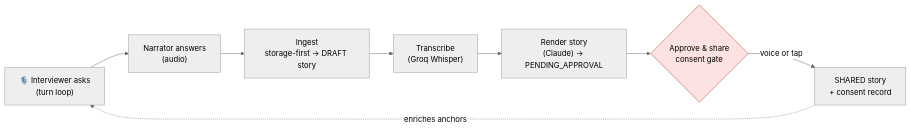
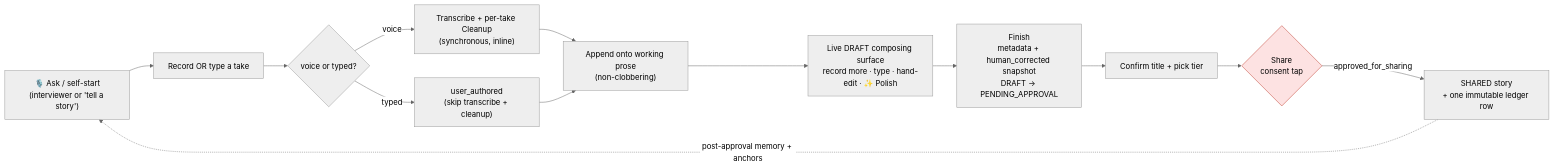
Before and after one commit to boosey/familyapp: the first of 2 diagrams in docs/Recording-To-Story-Pipeline.md, drawn with Mermaid (neutral theme). The commit also changed other lines of this file and 4 other files, not shown here.

First line of the commit message:
docs(adr-0014): true up docs to shipped composing surface + close ADR (Inc 5)

````diff
--- a/docs/Recording-To-Story-Pipeline.md
+++ b/docs/Recording-To-Story-Pipeline.md
@@ -24,13 +31,18 @@
 ```mermaid
 flowchart LR
-    Q["🎙️ Interviewer asks<br/>(turn loop)"] --> A["Narrator answers<br/>(audio)"]
-    A --> ING["Ingest<br/>storage-first → DRAFT story"]
-    ING --> TR["Transcribe<br/>(Groq Whisper)"]
-    TR --> RE["Render story<br/>(Claude) → PENDING_APPROVAL"]
-    RE --> AP{"Approve & share<br/>consent gate"}
-    AP -->|voice or tap| SH["SHARED story<br/>+ consent record"]
-    SH -.->|enriches anchors| Q
+    Q["🎙️ Ask / self-start<br/>(interviewer or 'tell a story')"] --> CAP["Record OR type a take"]
+    CAP --> TAKE{"voice or typed?"}
+    TAKE -->|voice| CLEAN["Transcribe + per-take Cleanup<br/>(synchronous, inline)"]
+    TAKE -->|typed| AUTH["user_authored<br/>(skip transcribe + cleanup)"]
+    CLEAN --> APP["Append onto working prose<br/>(non-clobbering)"]
+    AUTH --> APP
+    APP --> EDIT["Live DRAFT composing surface<br/>record more · type · hand-edit · ✨ Polish"]
+    EDIT --> FIN["Finish<br/>metadata + human_corrected snapshot<br/>DRAFT → PENDING_APPROVAL"]
+    FIN --> CONF["Confirm title + pick tier"]
+    CONF --> SHARE{"Share<br/>consent tap"}
+    SHARE -->|approved_for_sharing| SH["SHARED story<br/>+ one immutable ledger row"]
+    SH -.->|post-approval memory + anchors| Q
 
     classDef gate fill:#fde2e2,stroke:#c0392b,color:#000;
-    class AP gate;
+    class SHARE gate;
 ```
````
